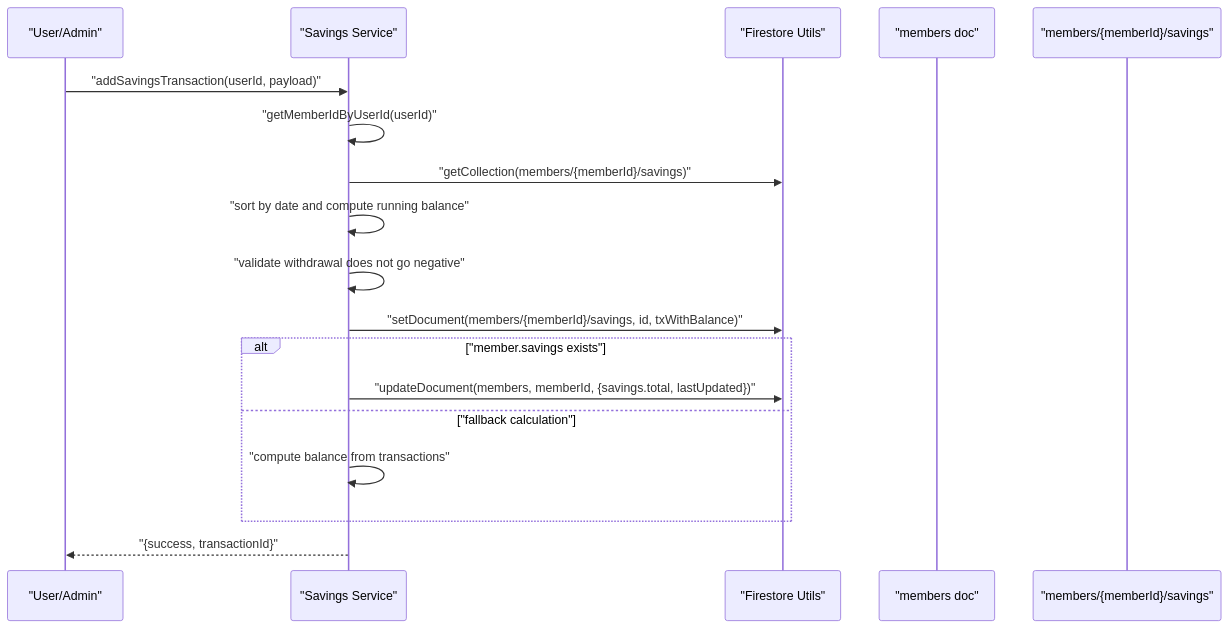
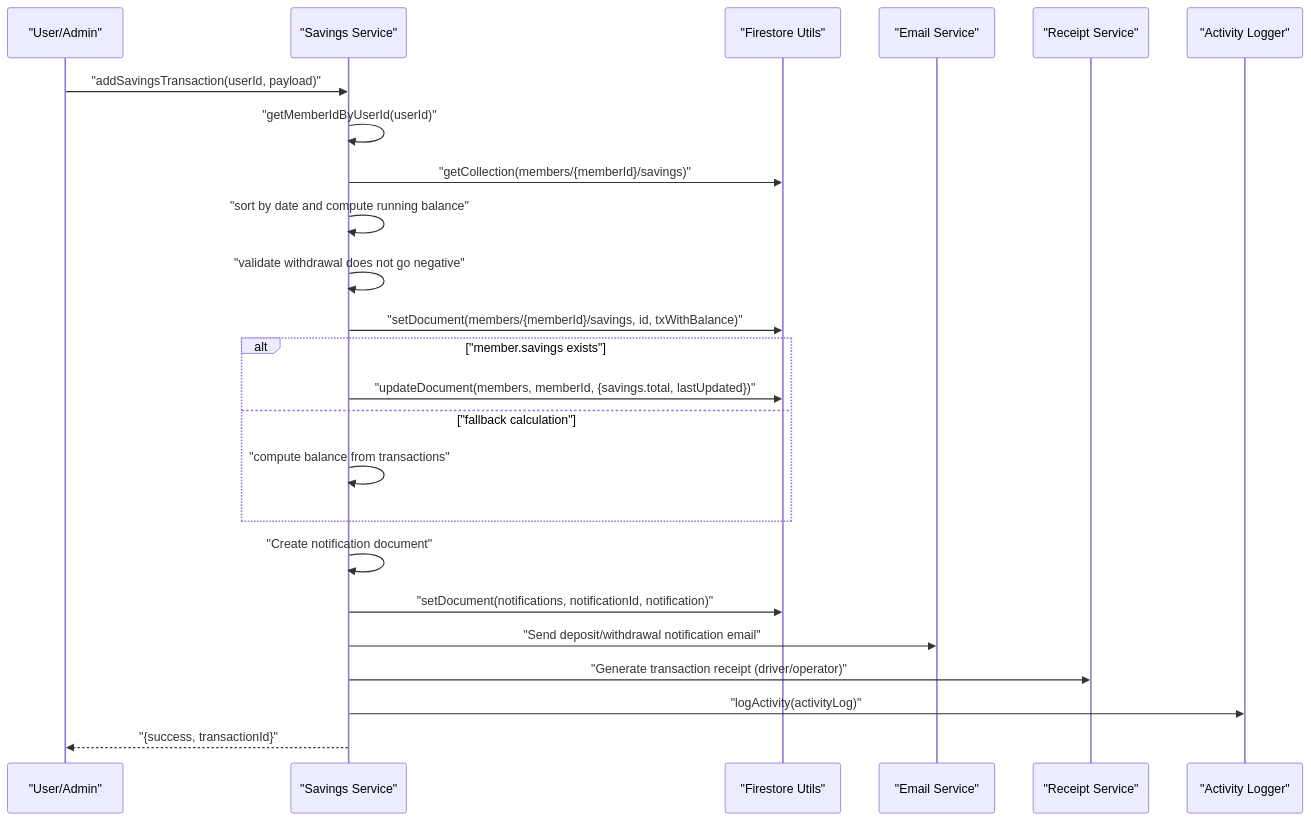
Before and after one commit to Unsure-bry/sampacoop_system: the second of 6 diagrams in .qoder/repowiki/en/content/Savings Management System/Savings Transactions Processing.md, drawn with Mermaid. The commit also changed other lines of this file and 12 other files, not shown here.

````diff
--- a/.qoder/repowiki/en/content/Savings Management System/Savings Transactions Processing.md
+++ b/.qoder/repowiki/en/content/Savings Management System/Savings Transactions Processing.md
@@ -94,20 +128,26 @@
 ```mermaid
 sequenceDiagram
 participant U as "User/Admin"
 participant S as "Savings Service"
 participant F as "Firestore Utils"
-participant M as "members doc"
-participant T as "members/{memberId}/savings"
+participant E as "Email Service"
+participant R as "Receipt Service"
+participant A as "Activity Logger"
 U->>S : "addSavingsTransaction(userId, payload)"
 S->>S : "getMemberIdByUserId(userId)"
 S->>F : "getCollection(members/{memberId}/savings)"
 S->>S : "sort by date and compute running balance"
 S->>S : "validate withdrawal does not go negative"
 S->>F : "setDocument(members/{memberId}/savings, id, txWithBalance)"
 alt "member.savings exists"
 S->>F : "updateDocument(members, memberId, {savings.total, lastUpdated})"
 else "fallback calculation"
 S->>S : "compute balance from transactions"
 end
+S->>S : "Create notification document"
+S->>F : "setDocument(notifications, notificationId, notification)"
+S->>E : "Send deposit/withdrawal notification email"
+S->>R : "Generate transaction receipt (driver/operator)"
+S->>A : "logActivity(activityLog)"
 S-->>U : "{success, transactionId}"
 ```
````
